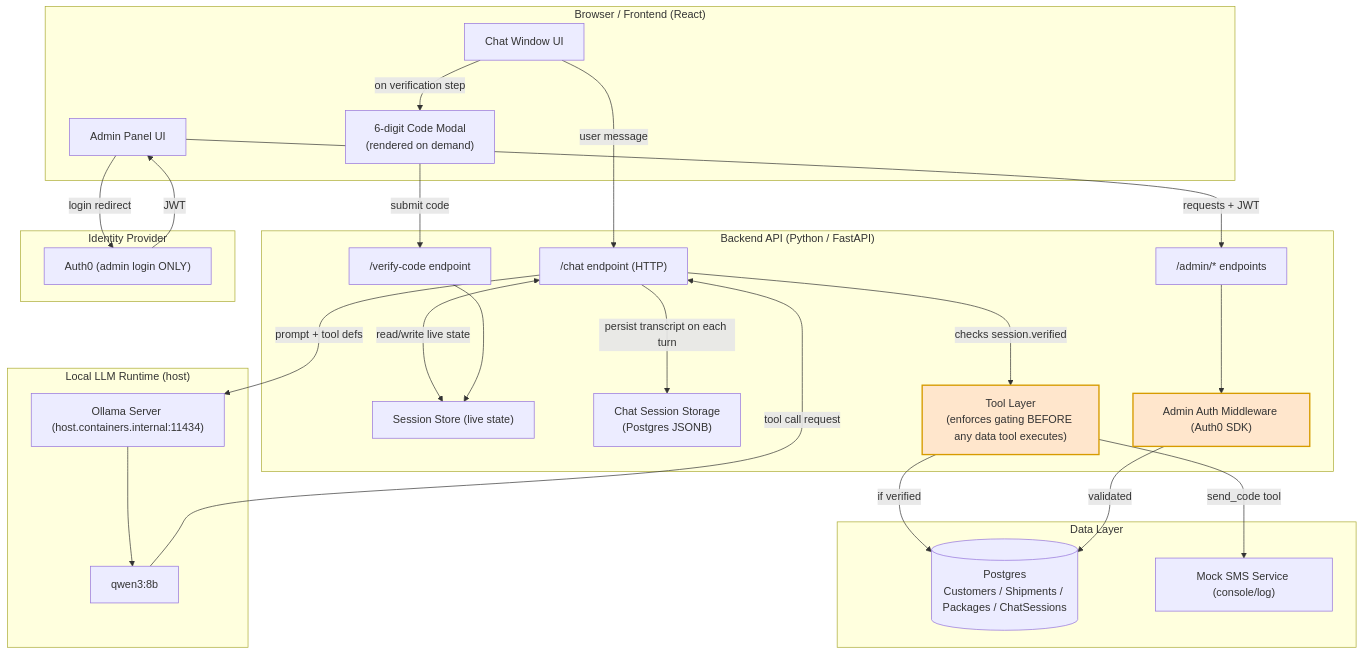
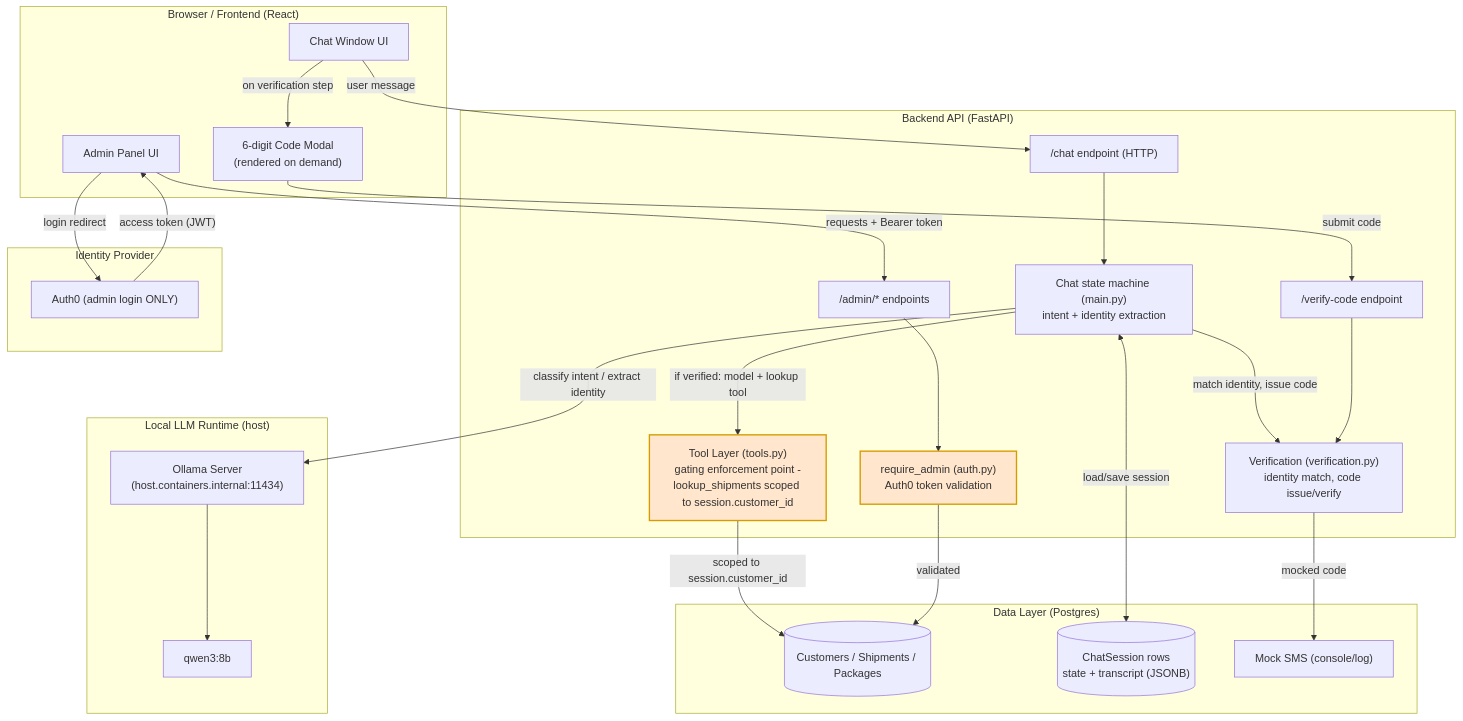
The first of 6 diagrams in docs/diagrams/architecture.md (draganaisak/secureship), drawn with Mermaid before and after one commit. The commit also changed other lines of this file and 35 other files, not shown here.

Commit message:
2FA expiry UX, admin validation, FE refactor, docs + tooling

````diff
--- a/docs/diagrams/architecture.md
+++ b/docs/diagrams/architecture.md
@@ -10,54 +12,55 @@
 ```mermaid
 flowchart TB
     subgraph Client["Browser / Frontend (React)"]
         UI[Chat Window UI]
         Modal["6-digit Code Modal<br/>(rendered on demand)"]
         AdminUI[Admin Panel UI]
     end
 
-    subgraph Backend["Backend API (Python / FastAPI)"]
+    subgraph Backend["Backend API (FastAPI)"]
         ChatAPI["/chat endpoint (HTTP)"]
         VerifyAPI["/verify-code endpoint"]
         AdminAPI["/admin/* endpoints"]
-        SessionStore["Session Store (live state)"]
-        ChatDB["Chat Session Storage<br/>(Postgres JSONB)"]
-        ToolLayer["Tool Layer<br/>(enforces gating BEFORE any data tool executes)"]
-        AuthMW["Admin Auth Middleware (Auth0 SDK)"]
+        StateMachine["Chat state machine (main.py)<br/>intent + identity extraction"]
+        Verify["Verification (verification.py)<br/>identity match, code issue/verify"]
+        ToolLayer["Tool Layer (tools.py)<br/>gating enforcement point -<br/>lookup_shipments scoped to session.customer_id"]
+        AuthMW["require_admin (auth.py)<br/>Auth0 token validation"]
     end
 
     subgraph LocalLLM["Local LLM Runtime (host)"]
-        Ollama["Ollama Server (host.containers.internal:11434)"]
+        Ollama["Ollama Server<br/>(host.containers.internal:11434)"]
         Model["qwen3:8b"]
     end
 
-    subgraph DataLayer["Data Layer"]
-        DB[("Postgres<br/>Customers / Shipments / Packages / ChatSessions")]
-        SMSMock["Mock SMS Service (console/log)"]
+    subgraph DataLayer["Data Layer (Postgres)"]
+        DB[("Customers / Shipments / Packages")]
+        ChatDB[("ChatSession rows<br/>state + transcript (JSONB)")]
+        SMSMock["Mock SMS (console/log)"]
     end
 
     subgraph IdP["Identity Provider"]
         Auth0["Auth0 (admin login ONLY)"]
     end
 
     UI -->|"user message"| ChatAPI
-    ChatAPI -->|"prompt + tool defs"| Ollama
+    ChatAPI --> StateMachine
+    StateMachine <-->|"load/save session"| ChatDB
+    StateMachine -->|"classify intent / extract identity"| Ollama
+    StateMachine -->|"match identity, issue code"| Verify
+    Verify -->|"mocked code"| SMSMock
+    StateMachine -->|"if verified: model + lookup tool"| ToolLayer
+    ToolLayer -->|"scoped to session.customer_id"| DB
     Ollama --> Model
-    Model -->|"tool call request"| ChatAPI
-    ChatAPI -->|"checks session.verified"| ToolLayer
-    ToolLayer -->|"if verified"| DB
-    ToolLayer -->|"send_code tool"| SMSMock
-    ChatAPI <-->|"read/write live state"| SessionStore
-    ChatAPI -->|"persist transcript on each turn"| ChatDB
     UI -->|"on verification step"| Modal
     Modal -->|"submit code"| VerifyAPI
-    VerifyAPI --> SessionStore
+    VerifyAPI --> Verify
 
     AdminUI -->|"login redirect"| Auth0
-    Auth0 -->|"JWT"| AdminUI
-    AdminUI -->|"requests + JWT"| AdminAPI
+    Auth0 -->|"access token (JWT)"| AdminUI
+    AdminUI -->|"requests + Bearer token"| AdminAPI
     AdminAPI --> AuthMW
     AuthMW -->|"validated"| DB
 
     style ToolLayer fill:#ffe6cc,stroke:#d79b00,stroke-width:2px
     style AuthMW fill:#ffe6cc,stroke:#d79b00,stroke-width:2px
 ```
````
